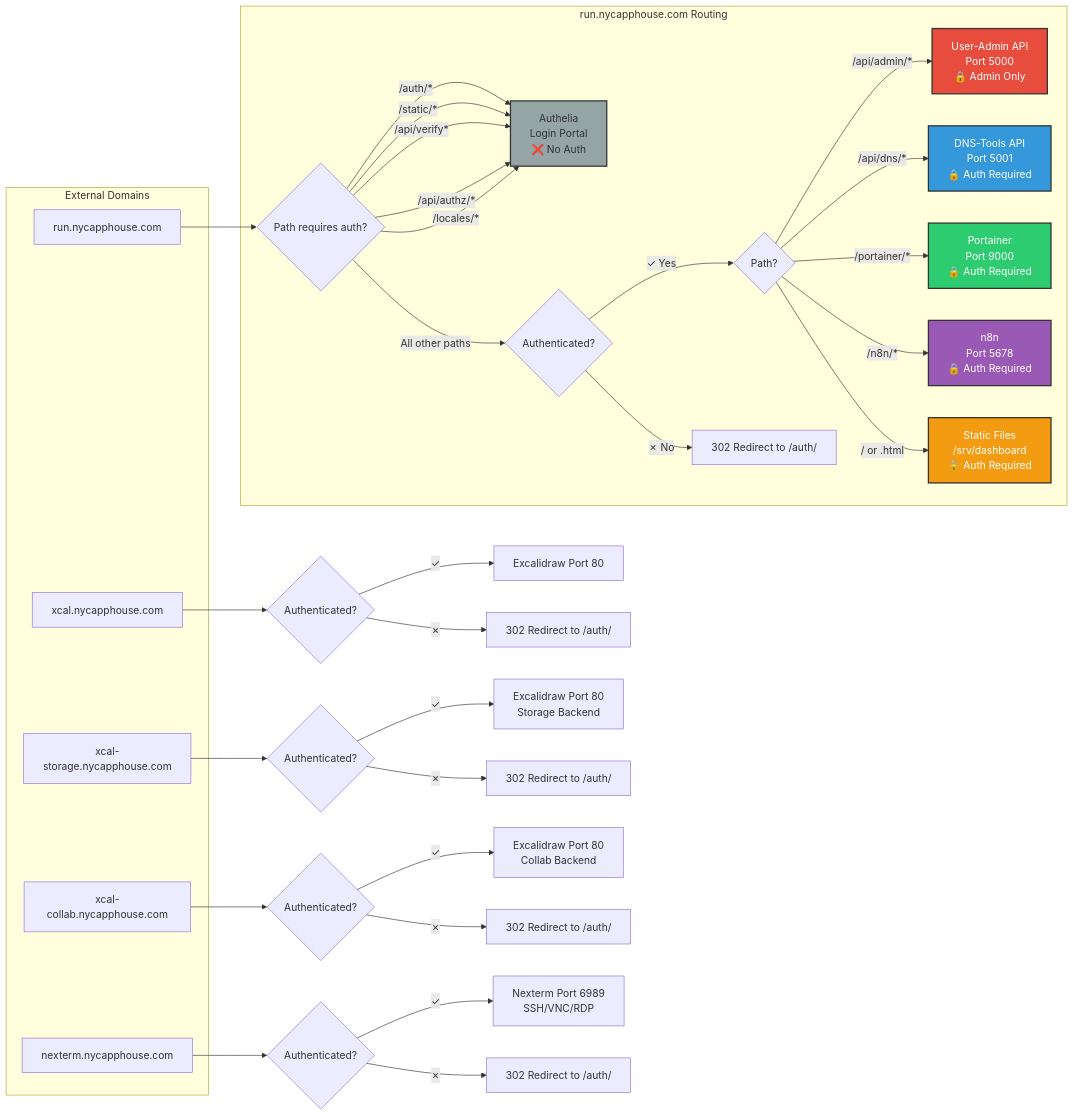
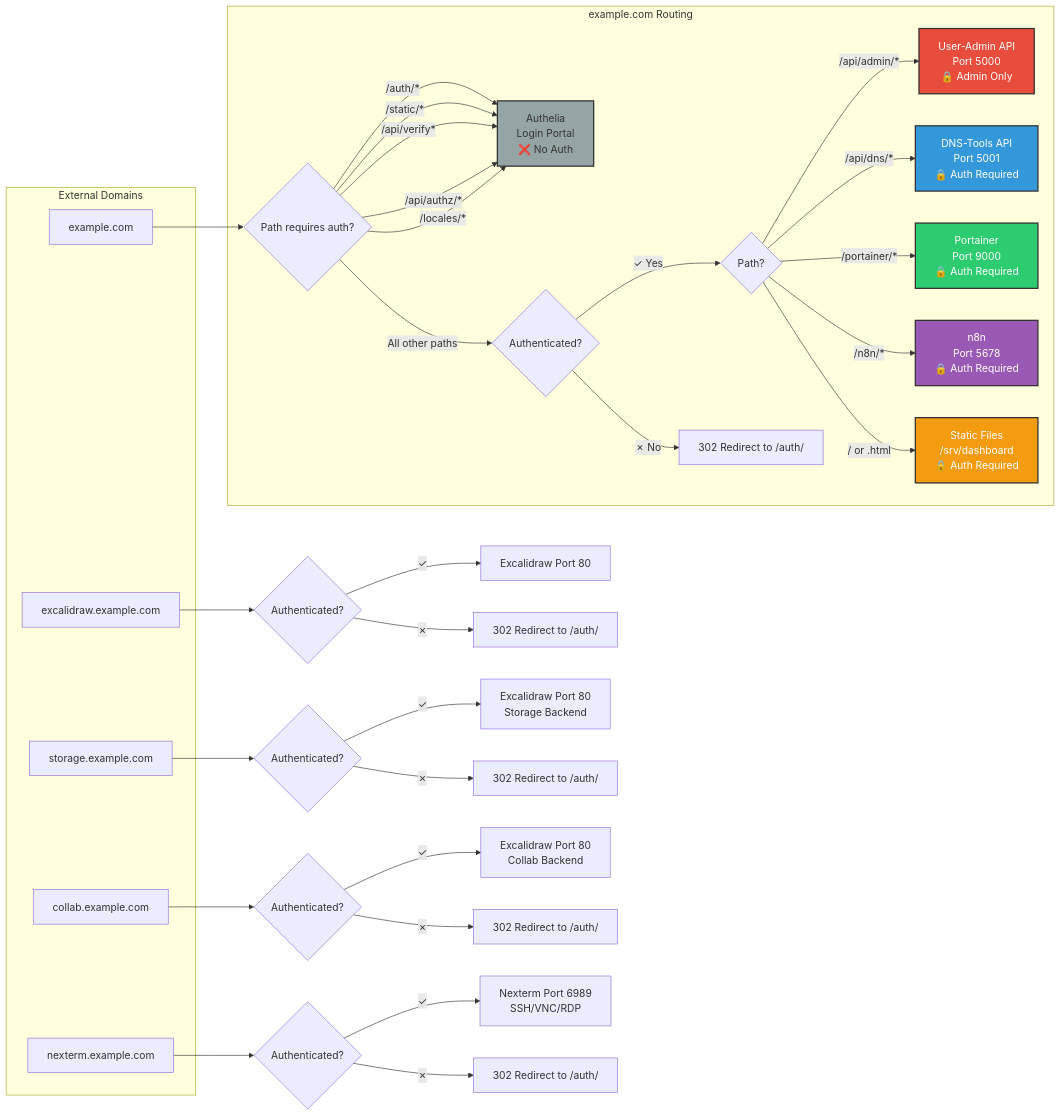
One commit to dustinnh/Walled-Garden changed the third of 8 diagrams in docs/advanced/walled-garden-architecture.mermaid.md. Above: the diagram before and after it, drawn with Mermaid. The commit also changed other lines of this file and 13 other files, not shown here.

````diff
--- a/docs/advanced/walled-garden-architecture.mermaid.md
+++ b/docs/advanced/walled-garden-architecture.mermaid.md
@@ -150,54 +150,54 @@
 ```mermaid
 graph LR
     subgraph "External Domains"
-        D1[run.nycapphouse.com]
-        D2[xcal.nycapphouse.com]
-        D3[xcal-storage.nycapphouse.com]
-        D4[xcal-collab.nycapphouse.com]
-        D5[nexterm.nycapphouse.com]
+        D1[example.com]
+        D2[excalidraw.example.com]
+        D3[storage.example.com]
+        D4[collab.example.com]
+        D5[nexterm.example.com]
     end
 
-    subgraph "run.nycapphouse.com Routing"
+    subgraph "example.com Routing"
         D1 --> NoAuth{Path requires auth?}
 
         NoAuth -->|/auth/*| A1["Authelia<br/>Login Portal<br/>❌ No Auth"]
         NoAuth -->|/static/*| A1
         NoAuth -->|/api/verify*| A1
         NoAuth -->|/api/authz/*| A1
         NoAuth -->|/locales/*| A1
 
         NoAuth -->|All other paths| Auth{Authenticated?}
 
         Auth -->|✓ Yes| Routes{Path?}
         Auth -->|✗ No| Redirect["302 Redirect to /auth/"]
 
         Routes -->|/api/admin/*| UA["User-Admin API<br/>Port 5000<br/>🔒 Admin Only"]
         Routes -->|/api/dns/*| DNS["DNS-Tools API<br/>Port 5001<br/>🔒 Auth Required"]
         Routes -->|/portainer/*| Port["Portainer<br/>Port 9000<br/>🔒 Auth Required"]
         Routes -->|/n8n/*| N8N["n8n<br/>Port 5678<br/>🔒 Auth Required"]
         Routes -->|/ or .html| Static["Static Files<br/>/srv/dashboard<br/>🔒 Auth Required"]
     end
 
     D2 --> XCal1{Authenticated?}
     XCal1 -->|✓| Excal1["Excalidraw Port 80"]
     XCal1 -->|✗| R1["302 Redirect to /auth/"]
 
     D3 --> XCal2{Authenticated?}
     XCal2 -->|✓| Excal2["Excalidraw Port 80<br/>Storage Backend"]
     XCal2 -->|✗| R2["302 Redirect to /auth/"]
 
     D4 --> XCal3{Authenticated?}
     XCal3 -->|✓| Excal3["Excalidraw Port 80<br/>Collab Backend"]
     XCal3 -->|✗| R3["302 Redirect to /auth/"]
 
     D5 --> Nex{Authenticated?}
     Nex -->|✓| NextermB["Nexterm Port 6989<br/>SSH/VNC/RDP"]
     Nex -->|✗| R4["302 Redirect to /auth/"]
 
     style A1 fill:#95a5a6,stroke:#333,stroke-width:2px
     style UA fill:#e74c3c,stroke:#333,stroke-width:2px,color:#fff
     style DNS fill:#3498db,stroke:#333,stroke-width:2px,color:#fff
     style Port fill:#2ecc71,stroke:#333,stroke-width:2px,color:#fff
     style N8N fill:#9b59b6,stroke:#333,stroke-width:2px,color:#fff
     style Static fill:#f39c12,stroke:#333,stroke-width:2px,color:#fff
 ```
````
